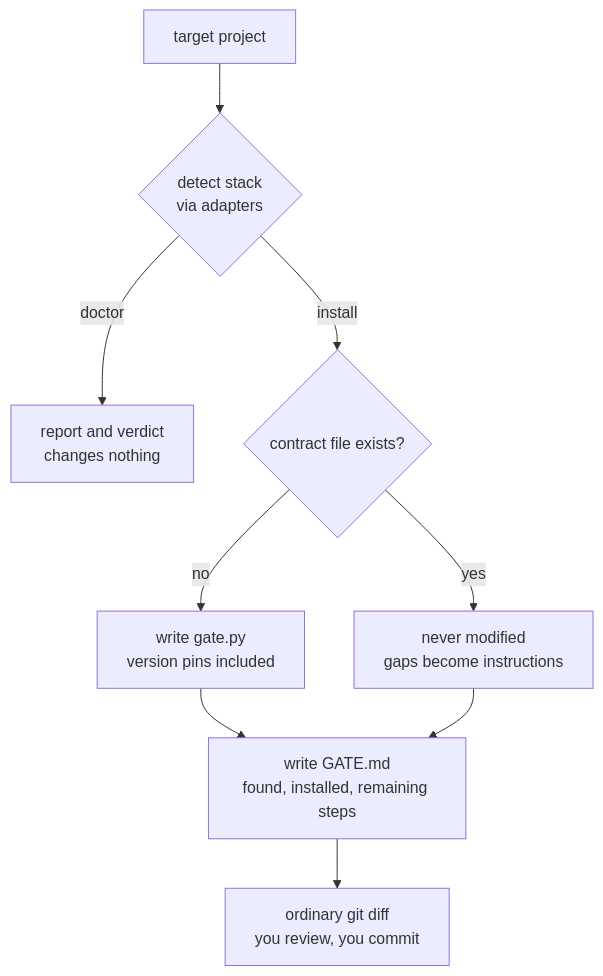
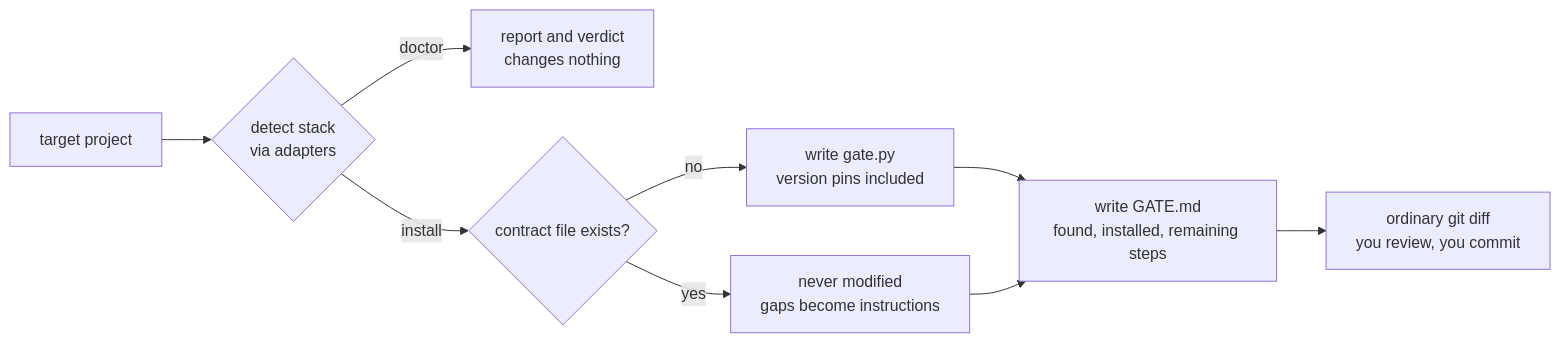
Before and after one commit to jamesdwilson/james-opinionated-llm-development-framework: the fourth of 5 diagrams in quality-gate/README.md, drawn with Mermaid. The commit also changed other lines of this file and 7 other files, not shown here.

First line of the commit message:
mermaid everywhere, all left-to-right

````diff
--- a/quality-gate/README.md
+++ b/quality-gate/README.md
@@ -109,11 +109,11 @@
 ```mermaid
-flowchart TD
+flowchart LR
     T["target project"] --> A{"detect stack<br/>via adapters"}
     A -->|doctor| R["report and verdict<br/>changes nothing"]
     A -->|install| G{"contract file exists?"}
     G -->|yes| N["never modified<br/>gaps become instructions"]
     G -->|no| W["write gate.py<br/>version pins included"]
     W --> M["write GATE.md<br/>found, installed, remaining steps"]
     N --> M
     M --> D["ordinary git diff<br/>you review, you commit"]
 ```
````
